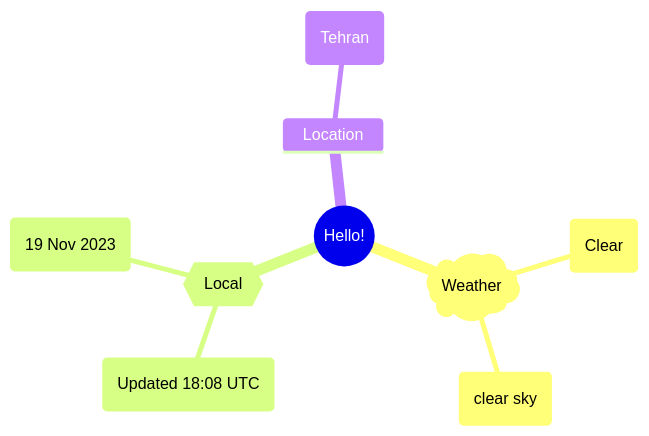
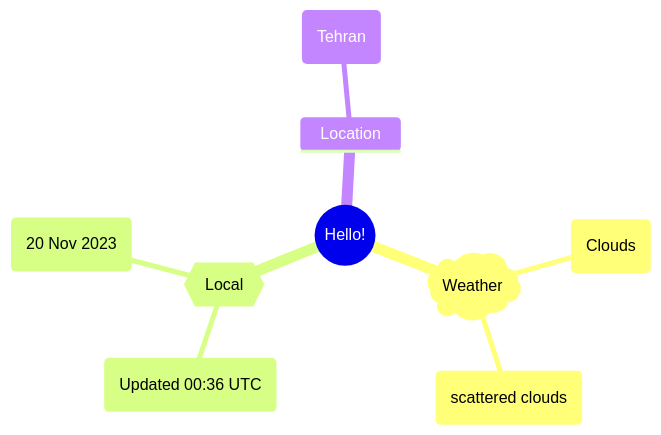
One commit to Xosrov/Xosrov changed the first of 2 diagrams in README.md. Above: the diagram before and after it, drawn with Mermaid.

Commit message:
[bot] updated images

````diff
--- a/README.md
+++ b/README.md
@@ -3,12 +3,12 @@
 ```mermaid
 mindmap
   root((Hello!))
     )Weather(
-        (Clear)
-        (clear sky)
+        (Clouds)
+        (scattered clouds)
     {{Local}}
-        (Updated 18:08 UTC)
-        (19 Nov 2023)
+        (Updated 00:36 UTC)
+        (20 Nov 2023)
     Location
         (Tehran)
 ```
````
